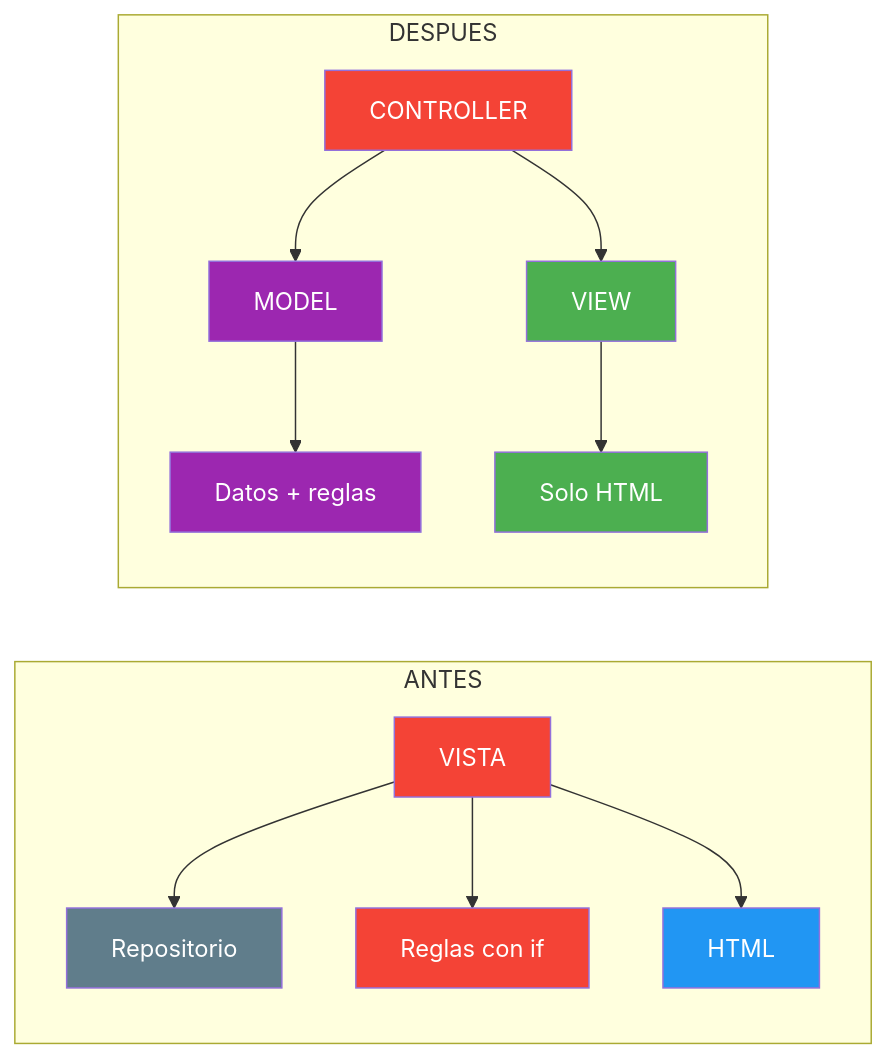
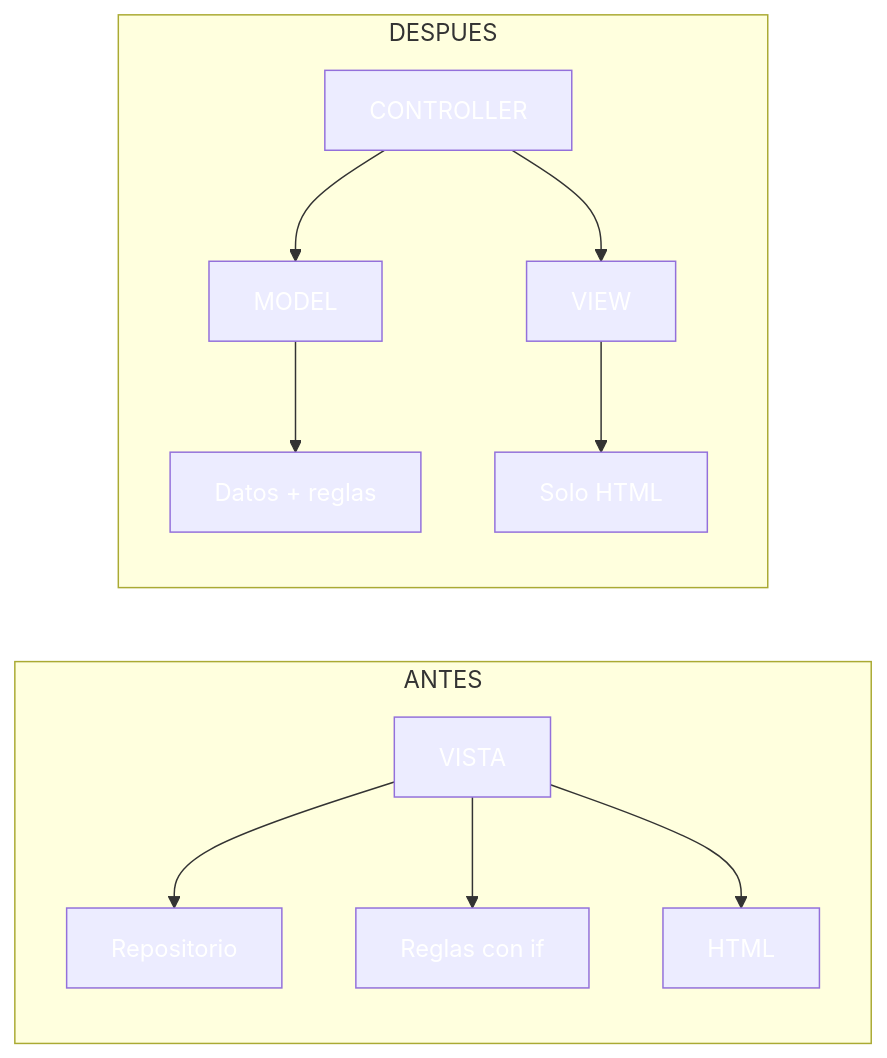
Before and after one commit to joseluisgs/DesarrolloWebEntornosServidor-03-2026-2027: the third of 5 diagrams in 07-mvc-arquitectura.md, drawn with Mermaid. The commit also changed other lines of this file and 30 other files, not shown here.

````diff
--- a/07-mvc-arquitectura.md
+++ b/07-mvc-arquitectura.md
@@ -179,25 +179,25 @@
 ```mermaid
 graph LR
     subgraph ANTES
         A1["VISTA"] --> A2["Repositorio"]
         A1 --> A3["Reglas con if"]
         A1 --> A4["HTML"]
     end
 
     subgraph DESPUES
         B1["CONTROLLER"] --> B2["MODEL"]
         B2 --> B3["Datos + reglas"]
         B1 --> B4["VIEW"]
         B4 --> B5["Solo HTML"]
     end
 
-    style A1 fill:#f44336,color:#fff
-    style A2 fill:#607D8B,color:#fff
-    style A3 fill:#f44336,color:#fff
-    style A4 fill:#2196F3,color:#fff
-    style B1 fill:#f44336,color:#fff
-    style B2 fill:#9C27B0,color:#fff
-    style B3 fill:#9C27B0,color:#fff
-    style B4 fill:#4CAF50,color:#fff
-    style B5 fill:#4CAF50,color:#fff
+    style A1 fill:#f4433,color:#fff6,color:#fff
+    style A2 fill:#607D8,color:#fffB,color:#fff
+    style A3 fill:#f4433,color:#fff6,color:#fff
+    style A4 fill:#2196F,color:#fff3,color:#fff
+    style B1 fill:#f4433,color:#fff6,color:#fff
+    style B2 fill:#9C27B,color:#fff0,color:#fff
+    style B3 fill:#9C27B,color:#fff0,color:#fff
+    style B4 fill:#4CAF5,color:#fff0,color:#fff
+    style B5 fill:#4CAF5,color:#fff0,color:#fff
 ```
````
